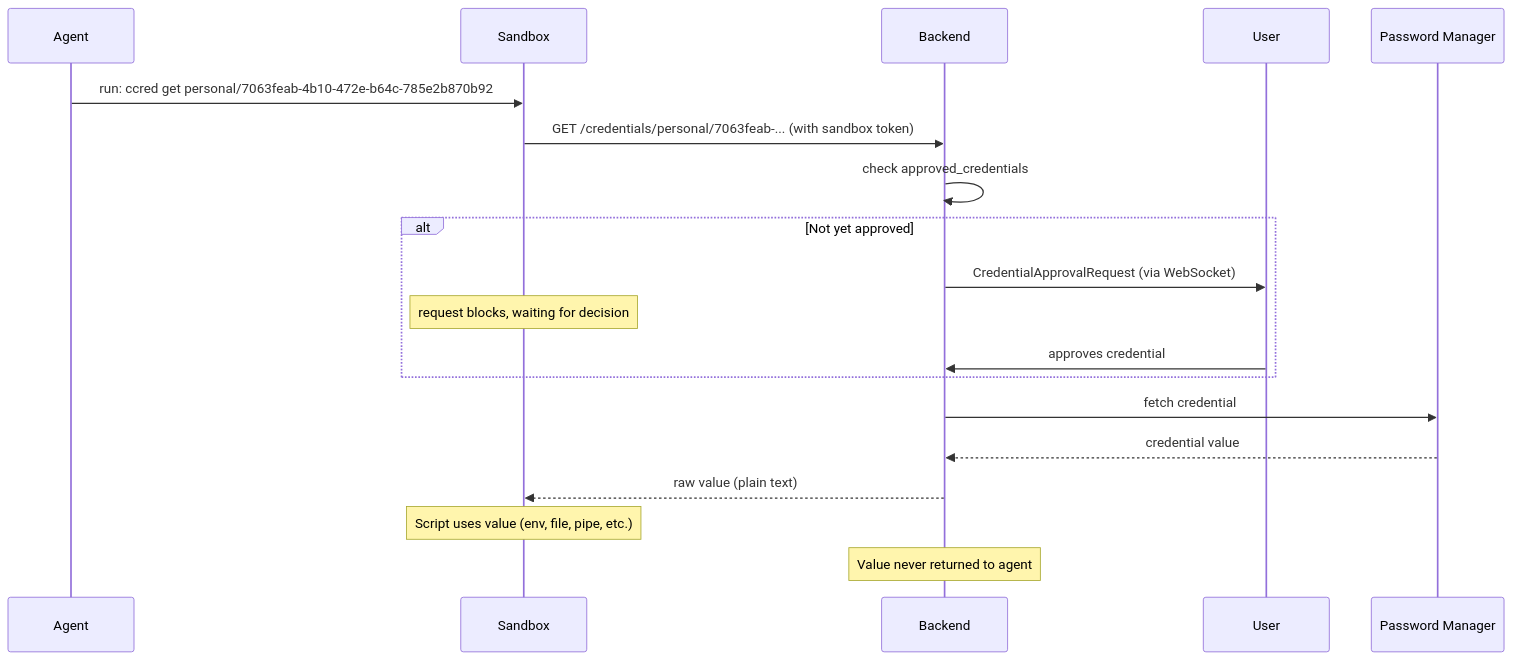
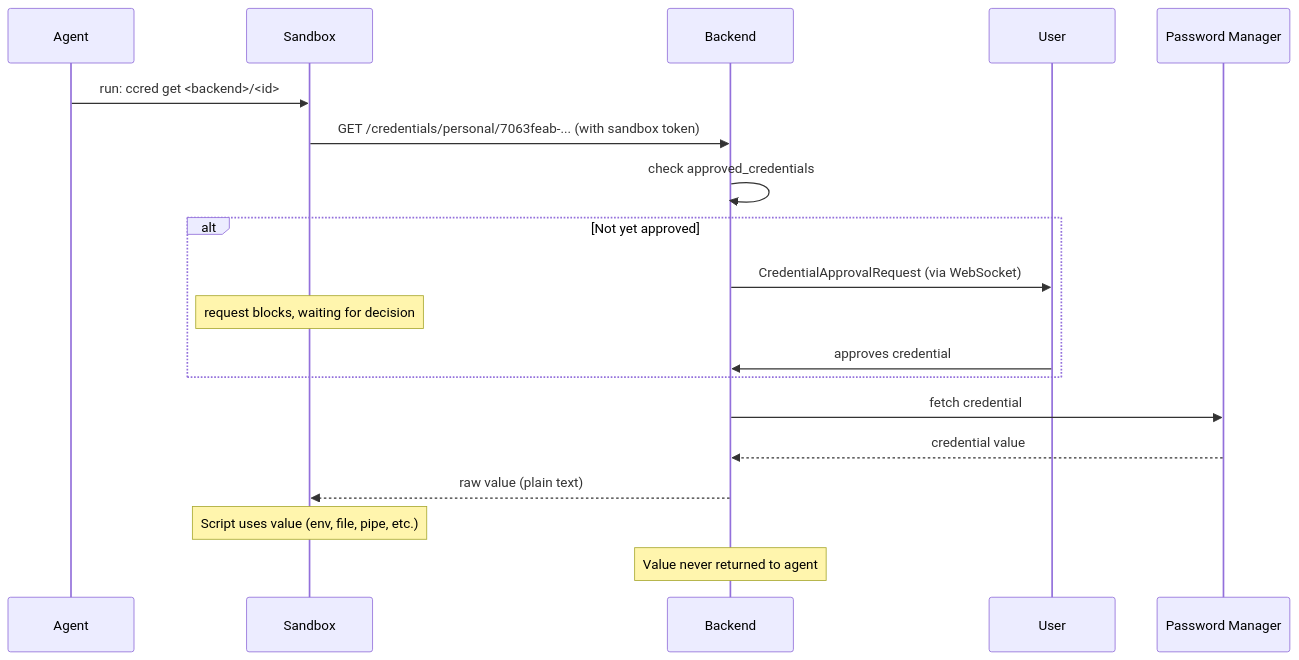
The second of 2 diagrams in docs/plans/credentials.md (thiesgerken/carapace), drawn with Mermaid before and after one commit. The commit also changed other lines of this file and 2 other files, not shown here.

First line of the commit message:
♻️ refactor: rename ccred `list -q` to `search`, update examples and wording

````diff
--- a/docs/plans/credentials.md
+++ b/docs/plans/credentials.md
@@ -119,24 +119,24 @@
 ```mermaid
 sequenceDiagram
     participant Agent
     participant Sandbox
     participant Backend
     participant User
     participant Vault as Password Manager
 
-    Agent->>Sandbox: run: ccred get personal/7063feab-4b10-472e-b64c-785e2b870b92
+    Agent->>Sandbox: run: ccred get <backend>/<id>
     Sandbox->>Backend: GET /credentials/personal/7063feab-... (with sandbox token)
     Backend->>Backend: check approved_credentials
 
     alt Not yet approved
         Backend->>User: CredentialApprovalRequest (via WebSocket)
         Note over Sandbox: request blocks, waiting for decision
         User->>Backend: approves credential
     end
 
     Backend->>Vault: fetch credential
     Vault-->>Backend: credential value
     Backend-->>Sandbox: raw value (plain text)
     Note over Sandbox: Script uses value (env, file, pipe, etc.)
     Note over Backend: Value never returned to agent
 ```
````
